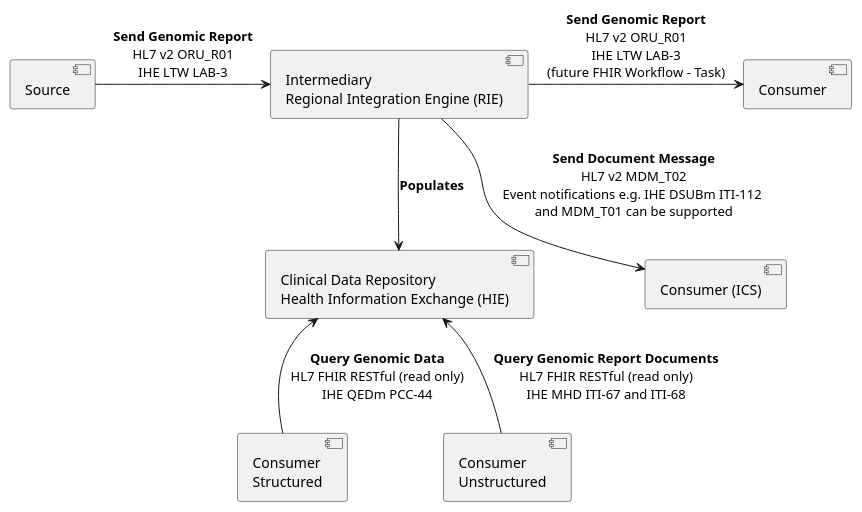
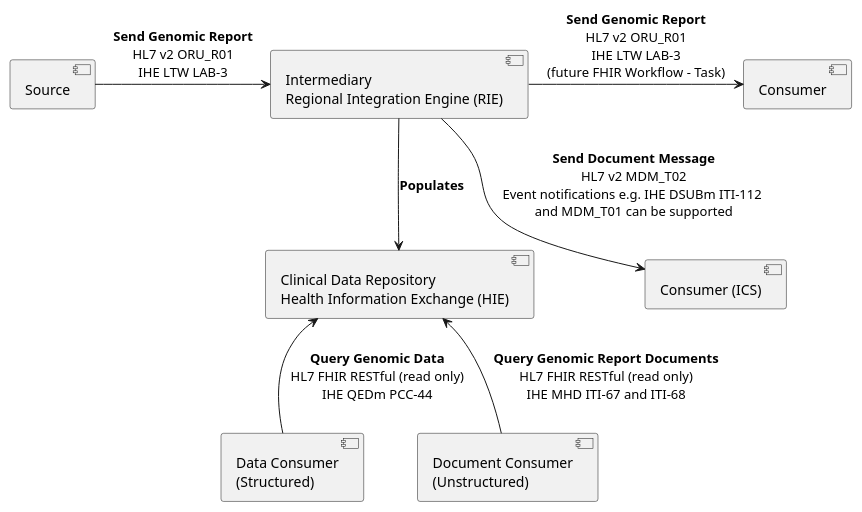
One commit to uk-gov-mirror/nw-gmsa.nw-gmsa.github.com changed the diagram in input/images-source/architecture-laboratory-report.plantuml. Above: the diagram before and after it, drawn with PlantUML. The commit also changed 2 other files, not shown here.

```diff
--- a/input/images-source/architecture-laboratory-report.plantuml
+++ b/input/images-source/architecture-laboratory-report.plantuml
@@ -1,19 +1,19 @@
 @startuml
 
  component "Source" as LIMS
  component "Consumer" as EPR
- component "Consumer\nStructured" as HIE
- component "Consumer\nUnstructured" as HIEU
+ component "Data Consumer\n(Structured)" as HIE
+ component "Document Consumer\n(Unstructured)" as HIEU
  component "Consumer (ICS)" as ICS
  component "Intermediary\nRegional Integration Engine (RIE)" as TIE
  component "Clinical Data Repository\nHealth Information Exchange (HIE)" as CDR
 
  EPR -d[hidden]- ICS
  LIMS -r-> TIE : **Send Genomic Report**\nHL7 v2 ORU_R01\nIHE LTW LAB-3
  TIE -r-> EPR: **Send Genomic Report**\nHL7 v2 ORU_R01\nIHE LTW LAB-3\n(future FHIR Workflow - Task)
  TIE -r-> ICS: **Send Document Message**\nHL7 v2 MDM_T02\nEvent notifications e.g. IHE DSUBm ITI-112 \nand MDM_T01 can be supported
  TIE -d-> CDR: **Populates**
  HIE -u-> CDR: **Query Genomic Data**\nHL7 FHIR RESTful (read only)\nIHE QEDm PCC-44
  HIEU -u-> CDR: **Query Genomic Report Documents**\nHL7 FHIR RESTful (read only)\nIHE MHD ITI-67 and ITI-68
 
 @enduml
```
